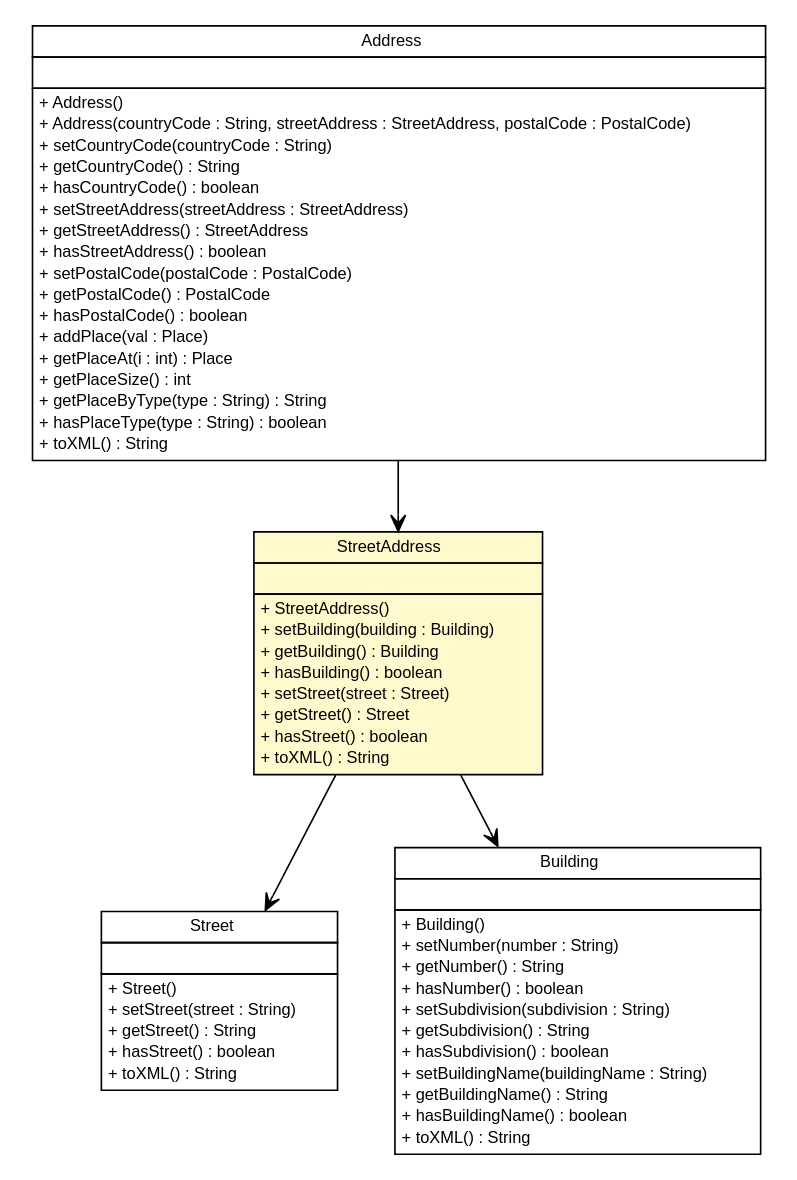
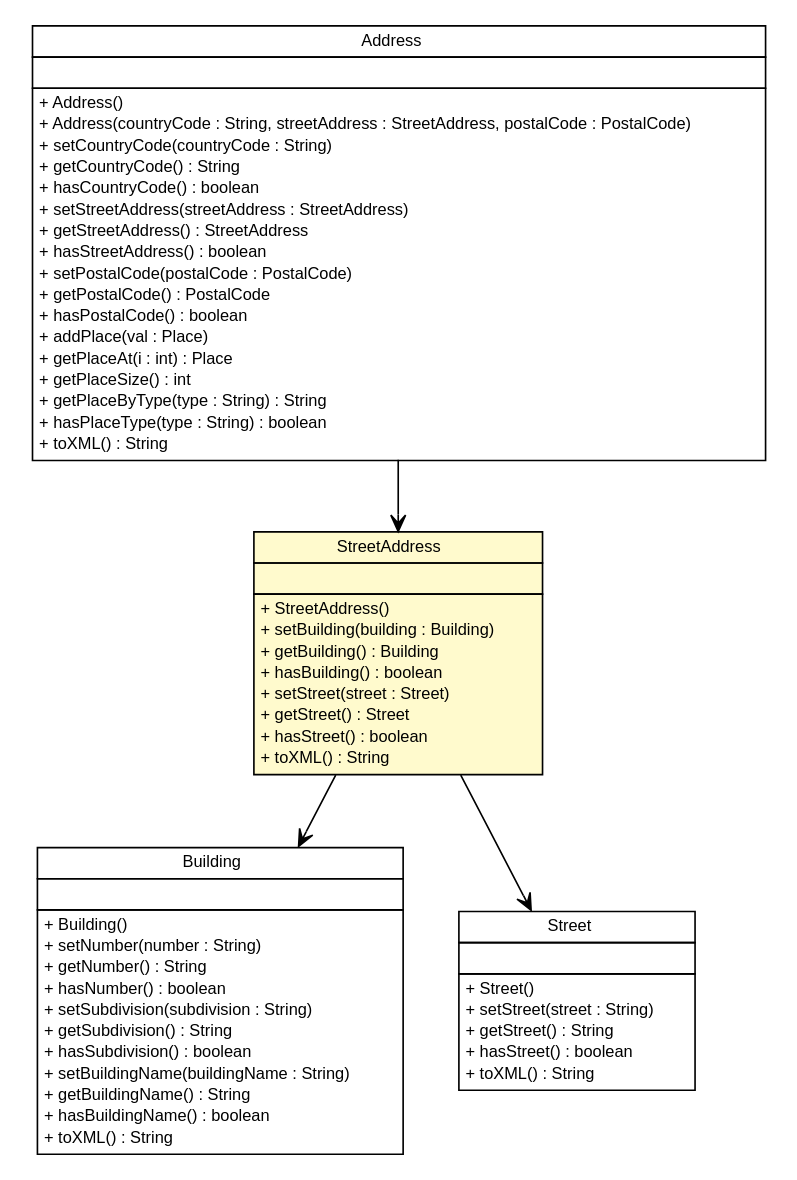
One commit to geozet/openls-databinding changed the diagram in apidocs/nl/geozet/openls/databinding/openls/StreetAddress.dot. Above: the diagram before and after it, drawn with Graphviz. The commit also changed 220 other files, not shown here.

```diff
--- a/apidocs/nl/geozet/openls/databinding/openls/StreetAddress.dot
+++ b/apidocs/nl/geozet/openls/databinding/openls/StreetAddress.dot
@@ -1,103 +1,103 @@
 #!/usr/local/bin/dot
 #
 # Class diagram 
 # Generated by UMLGraph version R5_6-24-gf6e263 (http://www.umlgraph.org/)
 #
 
 digraph G {
 	edge [fontname="Helvetica",fontsize=10,labelfontname="Helvetica",labelfontsize=10];
 	node [fontname="Helvetica",fontsize=10,shape=plaintext];
 	nodesep=0.25;
 	ranksep=0.5;
-	// nl.geozet.openls.databinding.openls.StreetAddress
-	c352 [label=<<table title="nl.geozet.openls.databinding.openls.StreetAddress" border="0" cellborder="1" cellspacing="0" cellpadding="2" port="p" bgcolor="lemonChiffon" href="./StreetAddress.html">
-		<tr><td><table border="0" cellspacing="0" cellpadding="1">
-<tr><td align="center" balign="center"> StreetAddress </td></tr>
-		</table></td></tr>
-		<tr><td><table border="0" cellspacing="0" cellpadding="1">
-<tr><td align="left" balign="left">  </td></tr>
-		</table></td></tr>
-		<tr><td><table border="0" cellspacing="0" cellpadding="1">
-<tr><td align="left" balign="left"> + StreetAddress() </td></tr>
-<tr><td align="left" balign="left"> + setBuilding(building : Building) </td></tr>
-<tr><td align="left" balign="left"> + getBuilding() : Building </td></tr>
-<tr><td align="left" balign="left"> + hasBuilding() : boolean </td></tr>
-<tr><td align="left" balign="left"> + setStreet(street : Street) </td></tr>
-<tr><td align="left" balign="left"> + getStreet() : Street </td></tr>
-<tr><td align="left" balign="left"> + hasStreet() : boolean </td></tr>
-<tr><td align="left" balign="left"> + toXML() : String </td></tr>
-		</table></td></tr>
-		</table>>, URL="./StreetAddress.html", fontname="Helvetica", fontcolor="black", fontsize=10.0];
-	// nl.geozet.openls.databinding.openls.Street
-	c353 [label=<<table title="nl.geozet.openls.databinding.openls.Street" border="0" cellborder="1" cellspacing="0" cellpadding="2" port="p" href="./Street.html">
-		<tr><td><table border="0" cellspacing="0" cellpadding="1">
-<tr><td align="center" balign="center"> Street </td></tr>
-		</table></td></tr>
-		<tr><td><table border="0" cellspacing="0" cellpadding="1">
-<tr><td align="left" balign="left">  </td></tr>
-		</table></td></tr>
-		<tr><td><table border="0" cellspacing="0" cellpadding="1">
-<tr><td align="left" balign="left"> + Street() </td></tr>
-<tr><td align="left" balign="left"> + setStreet(street : String) </td></tr>
-<tr><td align="left" balign="left"> + getStreet() : String </td></tr>
-<tr><td align="left" balign="left"> + hasStreet() : boolean </td></tr>
-<tr><td align="left" balign="left"> + toXML() : String </td></tr>
-		</table></td></tr>
-		</table>>, URL="./Street.html", fontname="Helvetica", fontcolor="black", fontsize=10.0];
 	// nl.geozet.openls.databinding.openls.Building
-	c361 [label=<<table title="nl.geozet.openls.databinding.openls.Building" border="0" cellborder="1" cellspacing="0" cellpadding="2" port="p" href="./Building.html">
+	c356 [label=<<table title="nl.geozet.openls.databinding.openls.Building" border="0" cellborder="1" cellspacing="0" cellpadding="2" port="p" href="./Building.html">
 		<tr><td><table border="0" cellspacing="0" cellpadding="1">
 <tr><td align="center" balign="center"> Building </td></tr>
 		</table></td></tr>
 		<tr><td><table border="0" cellspacing="0" cellpadding="1">
 <tr><td align="left" balign="left">  </td></tr>
 		</table></td></tr>
 		<tr><td><table border="0" cellspacing="0" cellpadding="1">
 <tr><td align="left" balign="left"> + Building() </td></tr>
 <tr><td align="left" balign="left"> + setNumber(number : String) </td></tr>
 <tr><td align="left" balign="left"> + getNumber() : String </td></tr>
 <tr><td align="left" balign="left"> + hasNumber() : boolean </td></tr>
 <tr><td align="left" balign="left"> + setSubdivision(subdivision : String) </td></tr>
 <tr><td align="left" balign="left"> + getSubdivision() : String </td></tr>
 <tr><td align="left" balign="left"> + hasSubdivision() : boolean </td></tr>
 <tr><td align="left" balign="left"> + setBuildingName(buildingName : String) </td></tr>
 <tr><td align="left" balign="left"> + getBuildingName() : String </td></tr>
 <tr><td align="left" balign="left"> + hasBuildingName() : boolean </td></tr>
 <tr><td align="left" balign="left"> + toXML() : String </td></tr>
 		</table></td></tr>
 		</table>>, URL="./Building.html", fontname="Helvetica", fontcolor="black", fontsize=10.0];
+	// nl.geozet.openls.databinding.openls.StreetAddress
+	c357 [label=<<table title="nl.geozet.openls.databinding.openls.StreetAddress" border="0" cellborder="1" cellspacing="0" cellpadding="2" port="p" bgcolor="lemonChiffon" href="./StreetAddress.html">
+		<tr><td><table border="0" cellspacing="0" cellpadding="1">
+<tr><td align="center" balign="center"> StreetAddress </td></tr>
+		</table></td></tr>
+		<tr><td><table border="0" cellspacing="0" cellpadding="1">
+<tr><td align="left" balign="left">  </td></tr>
+		</table></td></tr>
+		<tr><td><table border="0" cellspacing="0" cellpadding="1">
+<tr><td align="left" balign="left"> + StreetAddress() </td></tr>
+<tr><td align="left" balign="left"> + setBuilding(building : Building) </td></tr>
+<tr><td align="left" balign="left"> + getBuilding() : Building </td></tr>
+<tr><td align="left" balign="left"> + hasBuilding() : boolean </td></tr>
+<tr><td align="left" balign="left"> + setStreet(street : Street) </td></tr>
+<tr><td align="left" balign="left"> + getStreet() : Street </td></tr>
+<tr><td align="left" balign="left"> + hasStreet() : boolean </td></tr>
+<tr><td align="left" balign="left"> + toXML() : String </td></tr>
+		</table></td></tr>
+		</table>>, URL="./StreetAddress.html", fontname="Helvetica", fontcolor="black", fontsize=10.0];
 	// nl.geozet.openls.databinding.openls.Address
-	c362 [label=<<table title="nl.geozet.openls.databinding.openls.Address" border="0" cellborder="1" cellspacing="0" cellpadding="2" port="p" href="./Address.html">
+	c361 [label=<<table title="nl.geozet.openls.databinding.openls.Address" border="0" cellborder="1" cellspacing="0" cellpadding="2" port="p" href="./Address.html">
 		<tr><td><table border="0" cellspacing="0" cellpadding="1">
 <tr><td align="center" balign="center"> Address </td></tr>
 		</table></td></tr>
 		<tr><td><table border="0" cellspacing="0" cellpadding="1">
 <tr><td align="left" balign="left">  </td></tr>
 		</table></td></tr>
 		<tr><td><table border="0" cellspacing="0" cellpadding="1">
 <tr><td align="left" balign="left"> + Address() </td></tr>
 <tr><td align="left" balign="left"> + Address(countryCode : String, streetAddress : StreetAddress, postalCode : PostalCode) </td></tr>
 <tr><td align="left" balign="left"> + setCountryCode(countryCode : String) </td></tr>
 <tr><td align="left" balign="left"> + getCountryCode() : String </td></tr>
 <tr><td align="left" balign="left"> + hasCountryCode() : boolean </td></tr>
 <tr><td align="left" balign="left"> + setStreetAddress(streetAddress : StreetAddress) </td></tr>
 <tr><td align="left" balign="left"> + getStreetAddress() : StreetAddress </td></tr>
 <tr><td align="left" balign="left"> + hasStreetAddress() : boolean </td></tr>
 <tr><td align="left" balign="left"> + setPostalCode(postalCode : PostalCode) </td></tr>
 <tr><td align="left" balign="left"> + getPostalCode() : PostalCode </td></tr>
 <tr><td align="left" balign="left"> + hasPostalCode() : boolean </td></tr>
 <tr><td align="left" balign="left"> + addPlace(val : Place) </td></tr>
 <tr><td align="left" balign="left"> + getPlaceAt(i : int) : Place </td></tr>
 <tr><td align="left" balign="left"> + getPlaceSize() : int </td></tr>
 <tr><td align="left" balign="left"> + getPlaceByType(type : String) : String </td></tr>
 <tr><td align="left" balign="left"> + hasPlaceType(type : String) : boolean </td></tr>
 <tr><td align="left" balign="left"> + toXML() : String </td></tr>
 		</table></td></tr>
 		</table>>, URL="./Address.html", fontname="Helvetica", fontcolor="black", fontsize=10.0];
+	// nl.geozet.openls.databinding.openls.Street
+	c364 [label=<<table title="nl.geozet.openls.databinding.openls.Street" border="0" cellborder="1" cellspacing="0" cellpadding="2" port="p" href="./Street.html">
+		<tr><td><table border="0" cellspacing="0" cellpadding="1">
+<tr><td align="center" balign="center"> Street </td></tr>
+		</table></td></tr>
+		<tr><td><table border="0" cellspacing="0" cellpadding="1">
+<tr><td align="left" balign="left">  </td></tr>
+		</table></td></tr>
+		<tr><td><table border="0" cellspacing="0" cellpadding="1">
+<tr><td align="left" balign="left"> + Street() </td></tr>
+<tr><td align="left" balign="left"> + setStreet(street : String) </td></tr>
+<tr><td align="left" balign="left"> + getStreet() : String </td></tr>
+<tr><td align="left" balign="left"> + hasStreet() : boolean </td></tr>
+<tr><td align="left" balign="left"> + toXML() : String </td></tr>
+		</table></td></tr>
+		</table>>, URL="./Street.html", fontname="Helvetica", fontcolor="black", fontsize=10.0];
 	// nl.geozet.openls.databinding.openls.StreetAddress NAVASSOC nl.geozet.openls.databinding.openls.Building
-	c352:p -> c361:p [taillabel="", label="", headlabel="", fontname="Helvetica", fontcolor="black", fontsize=10.0, color="black", arrowhead=open];
+	c357:p -> c356:p [taillabel="", label="", headlabel="", fontname="Helvetica", fontcolor="black", fontsize=10.0, color="black", arrowhead=open];
 	// nl.geozet.openls.databinding.openls.StreetAddress NAVASSOC nl.geozet.openls.databinding.openls.Street
-	c352:p -> c353:p [taillabel="", label="", headlabel="", fontname="Helvetica", fontcolor="black", fontsize=10.0, color="black", arrowhead=open];
+	c357:p -> c364:p [taillabel="", label="", headlabel="", fontname="Helvetica", fontcolor="black", fontsize=10.0, color="black", arrowhead=open];
 	// nl.geozet.openls.databinding.openls.Address NAVASSOC nl.geozet.openls.databinding.openls.StreetAddress
-	c362:p -> c352:p [taillabel="", label="", headlabel="", fontname="Helvetica", fontcolor="black", fontsize=10.0, color="black", arrowhead=open];
+	c361:p -> c357:p [taillabel="", label="", headlabel="", fontname="Helvetica", fontcolor="black", fontsize=10.0, color="black", arrowhead=open];
 }
```
